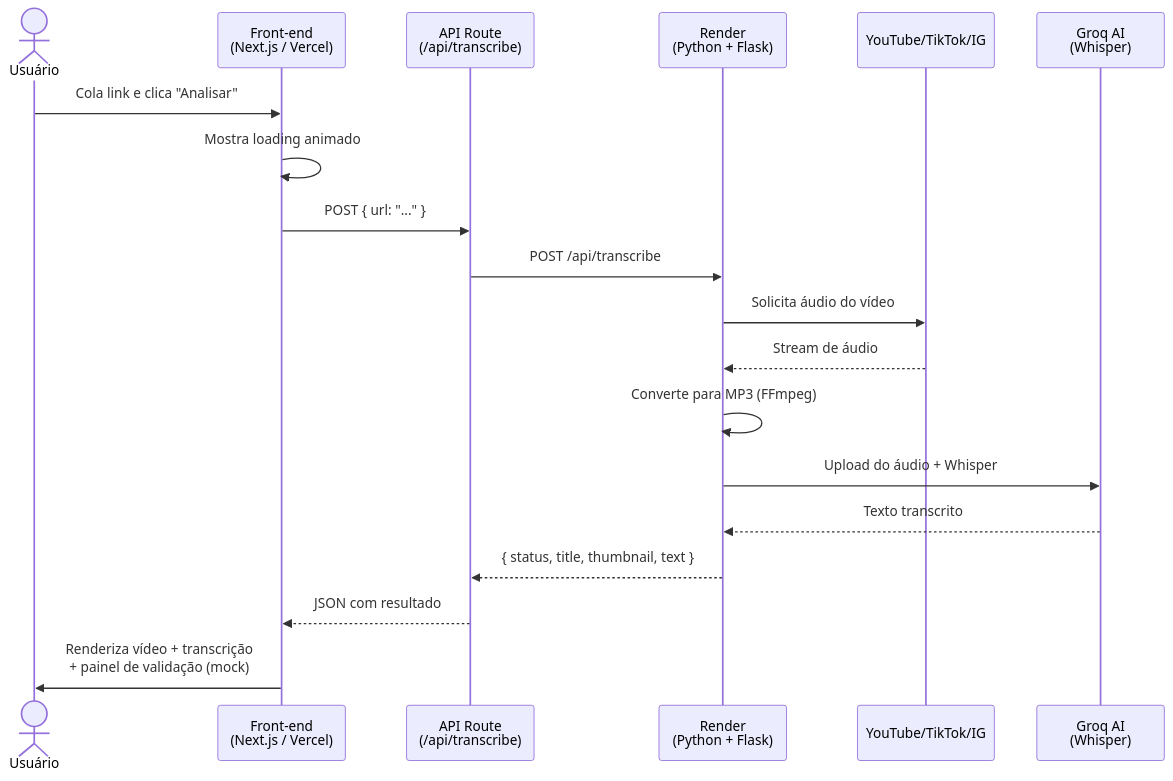
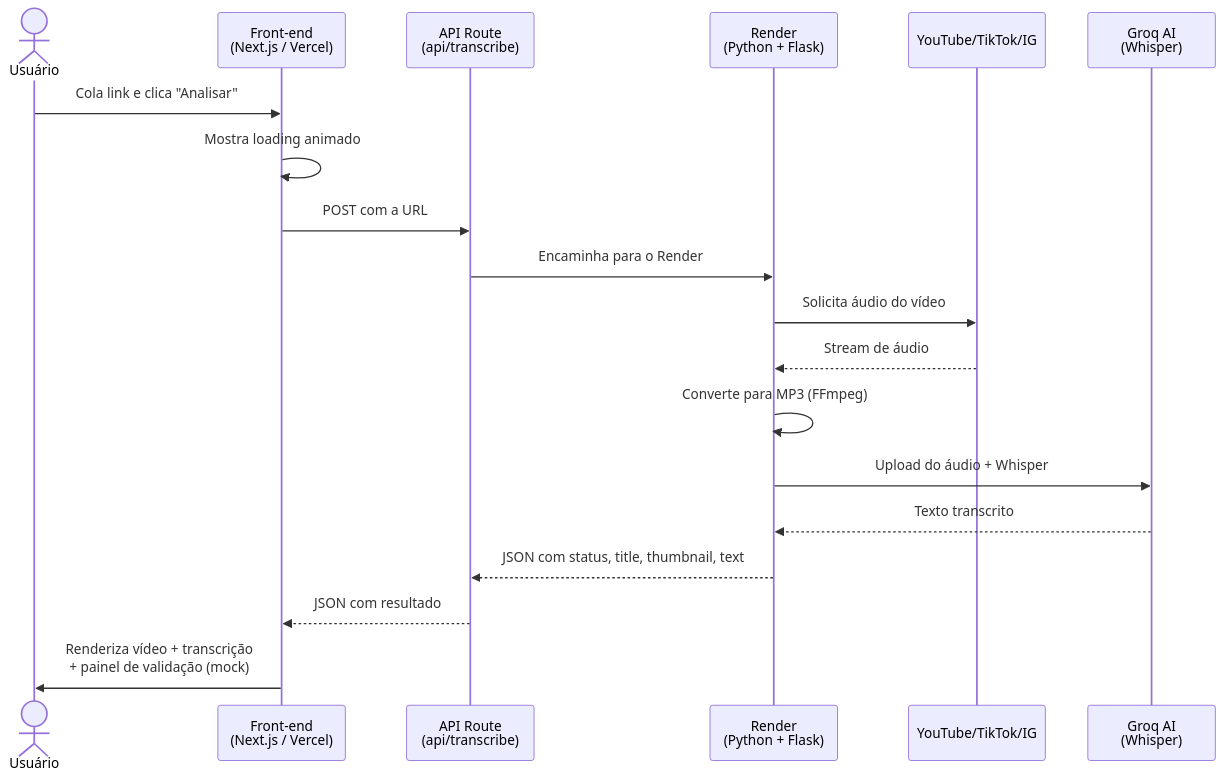
The second of 7 diagrams in DIAGRAMA.md (matheussvml/TCC), drawn with Mermaid before and after one commit. The commit also changed other lines of this file, not shown here.

Commit message:
diagrama

````diff
--- a/DIAGRAMA.md
+++ b/DIAGRAMA.md
@@ -54,22 +54,22 @@
 ```mermaid
 sequenceDiagram
     actor U as Usuário
     participant F as Front-end<br/>(Next.js / Vercel)
-    participant A as API Route<br/>(/api/transcribe)
+    participant A as API Route<br/>(api/transcribe)
     participant R as Render<br/>(Python + Flask)
     participant Y as YouTube/TikTok/IG
     participant G as Groq AI<br/>(Whisper)
 
     U->>F: Cola link e clica "Analisar"
     F->>F: Mostra loading animado
-    F->>A: POST { url: "..." }
-    A->>R: POST /api/transcribe
+    F->>A: POST com a URL
+    A->>R: Encaminha para o Render
     R->>Y: Solicita áudio do vídeo
     Y-->>R: Stream de áudio
     R->>R: Converte para MP3 (FFmpeg)
     R->>G: Upload do áudio + Whisper
     G-->>R: Texto transcrito
-    R-->>A: { status, title, thumbnail, text }
+    R-->>A: JSON com status, title, thumbnail, text
     A-->>F: JSON com resultado
     F->>U: Renderiza vídeo + transcrição<br/>+ painel de validação (mock)
 ```
````
